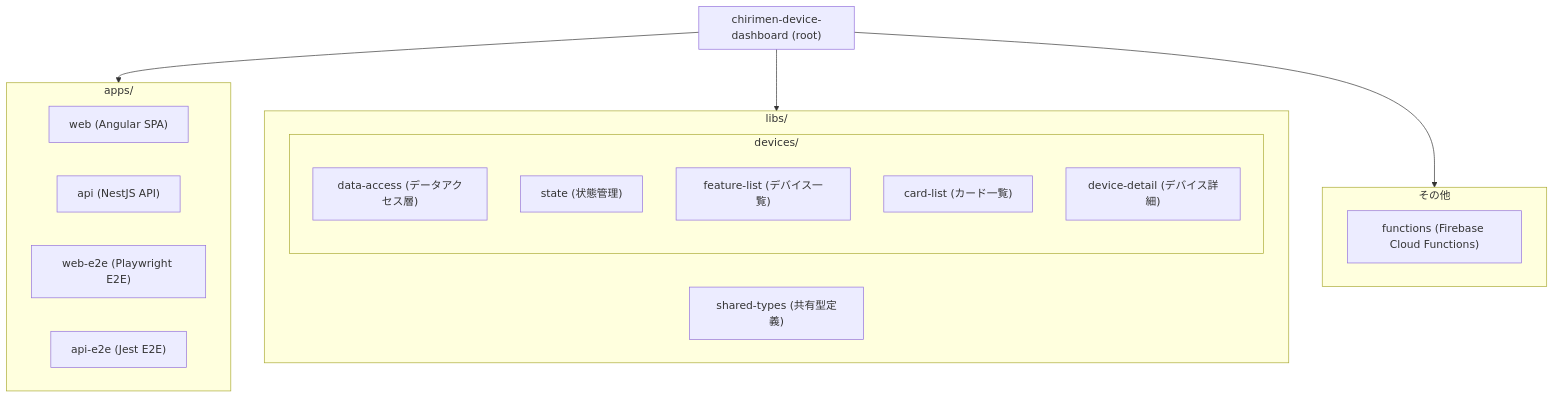
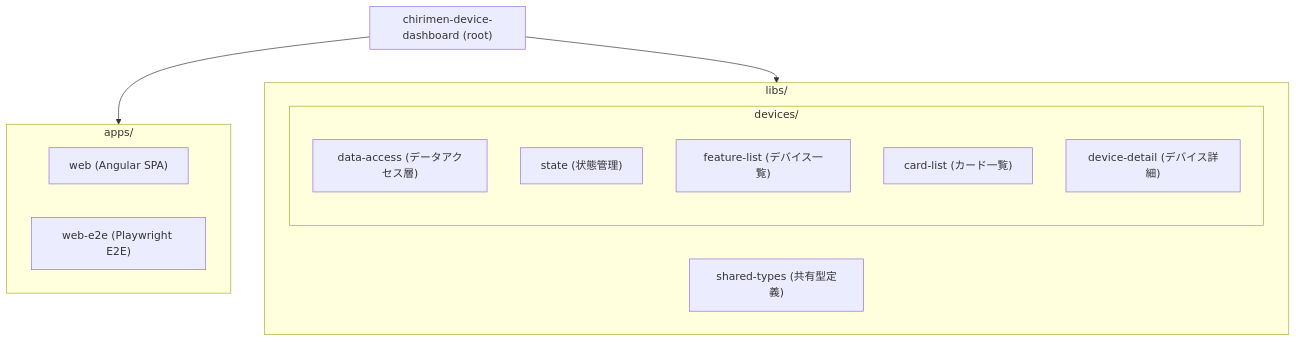
One commit to gurezo/chirimen-device-dashboard changed the first of 3 diagrams in README.md. Above: the diagram before and after it, drawn with Mermaid. The commit also changed other lines of this file and 43 other files, not shown here.

First line of the commit message:
chore(workspace): remove apps/api, apps/api-e2e, functions and related backend

````diff
--- a/README.md
+++ b/README.md
@@ -9,32 +9,25 @@
 ```mermaid
 flowchart TB
     subgraph root["chirimen-device-dashboard (root)"]
         direction TB
     end
 
     subgraph apps["apps/"]
         web["web (Angular SPA)"]
-        api["api (NestJS API)"]
         webE2e["web-e2e (Playwright E2E)"]
-        apiE2e["api-e2e (Jest E2E)"]
     end
 
     subgraph libs["libs/"]
         sharedTypes["shared-types (共有型定義)"]
         subgraph devices["devices/"]
             dataAccess["data-access (データアクセス層)"]
             stateLib["state (状態管理)"]
             featureList["feature-list (デバイス一覧)"]
             cardList["card-list (カード一覧)"]
             deviceDetail["device-detail (デバイス詳細)"]
         end
     end
 
-    subgraph other["その他"]
-        functionsNode["functions (Firebase Cloud Functions)"]
-    end
-
     root --> apps
     root --> libs
-    root --> other
 ```
````
